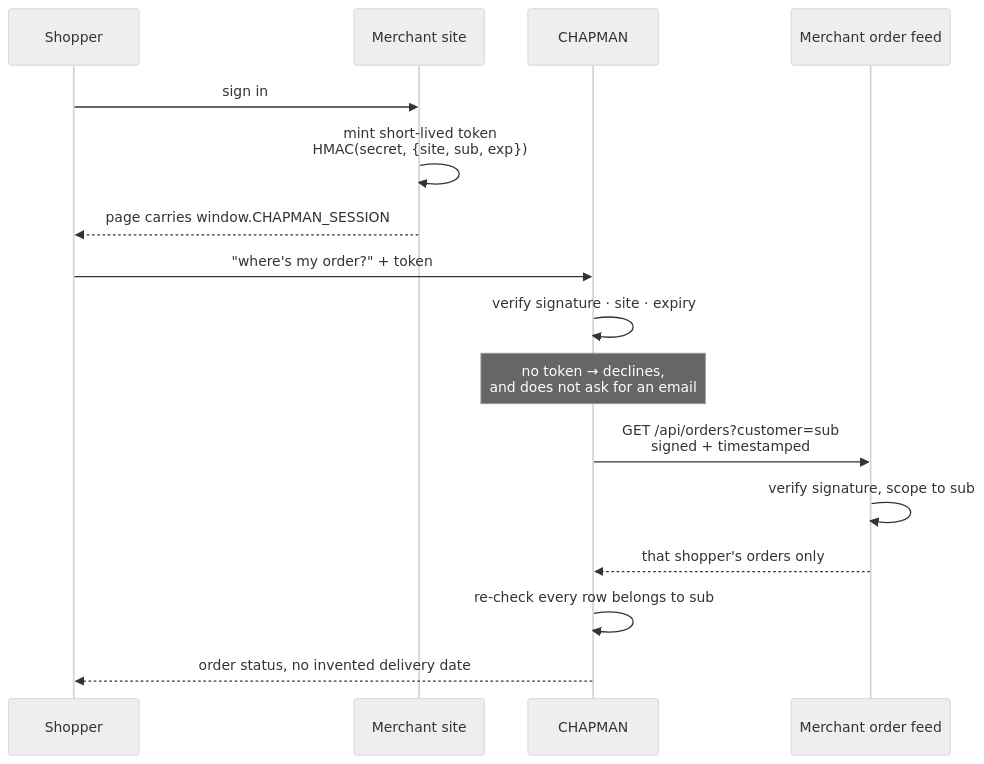
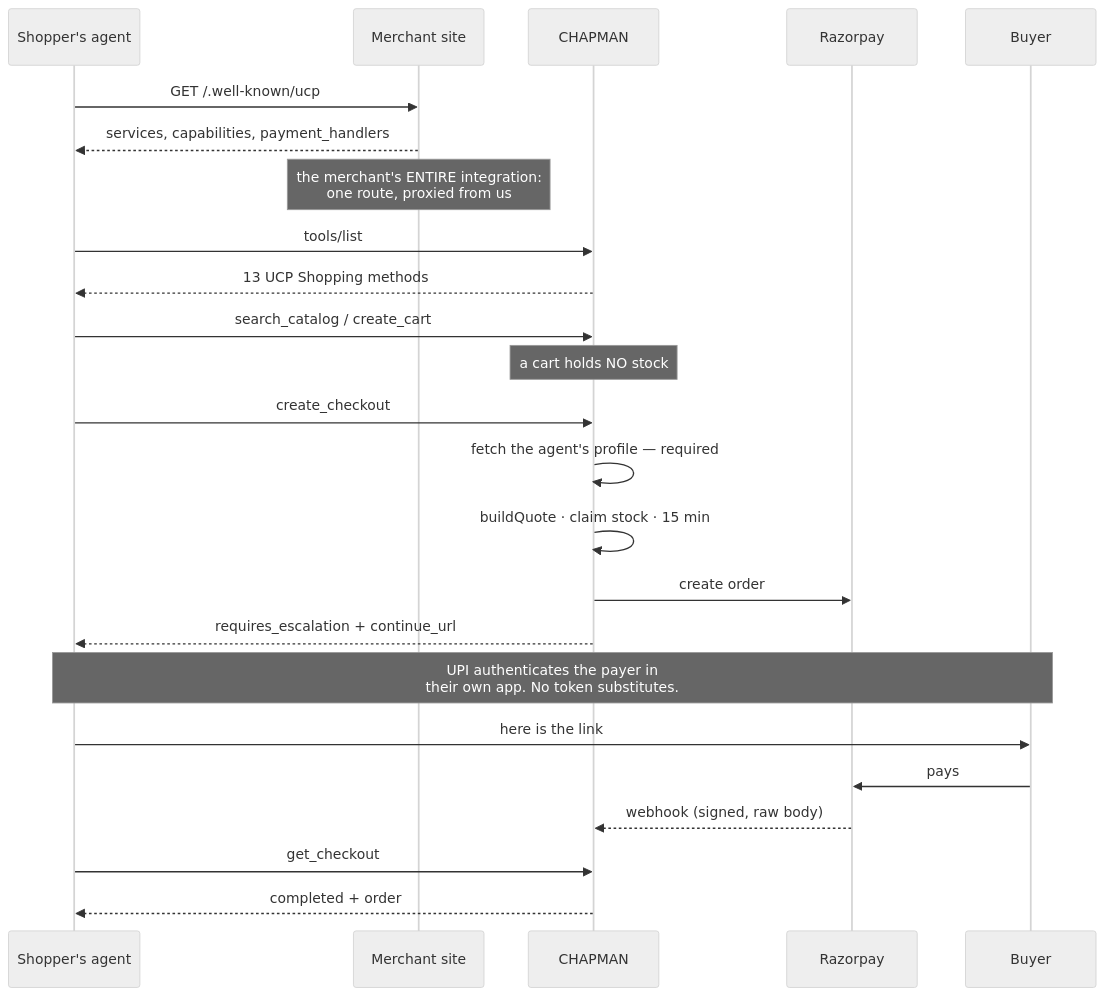
The fourth of 5 diagrams in README.md (supersanchayrx/RazorPay-Buildathon), drawn with Mermaid (neutral theme) before and after one commit. The commit also changed other lines of this file and 126 other files, not shown here.

````diff
--- a/README.md
+++ b/README.md
@@ -167,19 +199,27 @@
 ```mermaid
 sequenceDiagram
-    participant S as Shopper
-    participant M as Merchant site
-    participant C as CHAPMAN
-    participant F as Merchant order feed
+    participant AG as Shopper's agent
+    participant MS as Merchant site
+    participant CH as CHAPMAN
+    participant RZ as Razorpay
+    participant BY as Buyer
 
-    S->>M: sign in
-    M->>M: mint short-lived token<br/>HMAC(secret, {site, sub, exp})
-    M-->>S: page carries window.CHAPMAN_SESSION
-    S->>C: "where's my order?" + token
-    C->>C: verify signature · site · expiry
-    Note over C: no token → declines,<br/>and does not ask for an email
-    C->>F: GET /api/orders?customer=sub<br/>signed + timestamped
-    F->>F: verify signature, scope to sub
-    F-->>C: that shopper's orders only
-    C->>C: re-check every row belongs to sub
-    C-->>S: order status, no invented delivery date
+    AG->>MS: GET /.well-known/ucp
+    MS-->>AG: services, capabilities, payment_handlers
+    Note over MS: the merchant's ENTIRE integration:<br/>one route, proxied from us
+    AG->>CH: tools/list
+    CH-->>AG: 13 UCP Shopping methods
+    AG->>CH: search_catalog / create_cart
+    Note over CH: a cart holds NO stock
+    AG->>CH: create_checkout
+    CH->>CH: fetch the agent's profile — required
+    CH->>CH: buildQuote · claim stock · 15 min
+    CH->>RZ: create order
+    CH-->>AG: requires_escalation + continue_url
+    Note over AG,BY: UPI authenticates the payer in<br/>their own app. No token substitutes.
+    AG->>BY: here is the link
+    BY->>RZ: pays
+    RZ-->>CH: webhook (signed, raw body)
+    AG->>CH: get_checkout
+    CH-->>AG: completed + order
 ```
````
